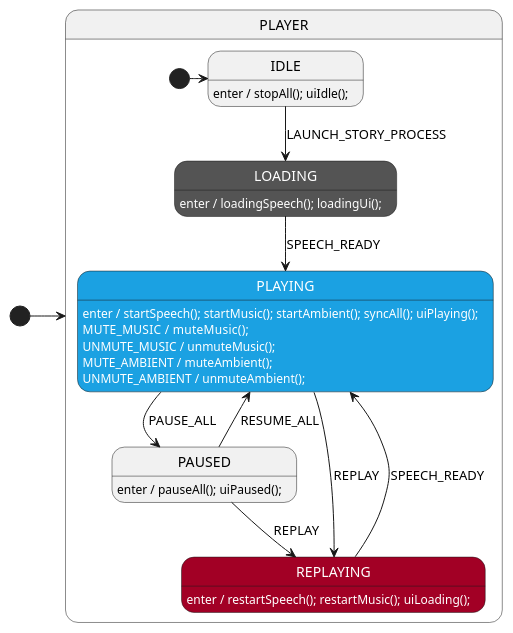
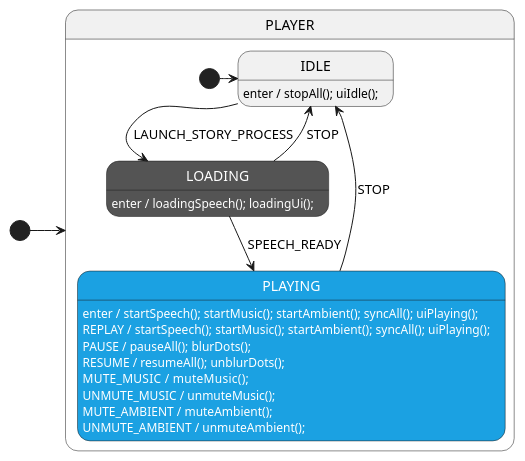
The diagram in static/js/state_2.plantuml (grannygoestoheaven/teller), drawn with PlantUML before and after one commit. The commit also changed 5 other files, not shown here.

```diff
--- a/static/js/state_2.plantuml
+++ b/static/js/state_2.plantuml
@@ -1,62 +1,56 @@
 @startuml AudioSm
 ' Single line comments (like this) start with a single quote.
 ' The name of the state machine is specified above.
 
 '############################ styles ############################
 skinparam state {
     BackgroundColor<<red>> a20025
     FontColor<<red>> white
     BackgroundColor<<blue>> 1ba1e2
     FontColor<<blue>> white
     BackgroundColor<<dark>> 545454
     FontColor<<dark>> white
 }
 
 '############################ state organization ############################
 ' Top-level initial transition.
 [*] -> PLAYER
 
 ' Composite state for the audio player lifecycle.
 state PLAYER {
     ' Initial substate of PLAYER.
     [*] -> IDLE
 
     state IDLE
     state LOADING <<dark>>
     state PLAYING <<blue>>
-    state PAUSED
-    state REPLAYING <<red>>
 
     '############################ handlers ############################
     IDLE: enter / stopAll(); uiIdle();
 
     ' Start flow: begin music first, then move on when ready.
-    IDLE --> LOADING: LAUNCH_STORY_PROCESS
+    IDLE --> LOADING : LAUNCH_STORY_PROCESS
     LOADING: enter / loadingSpeech(); loadingUi();
-    LOADING --> PLAYING: SPEECH_READY
+    LOADING --> IDLE : STOP
+    LOADING --> PLAYING : SPEECH_READY
 
     ' While playing, start speech, ambient, and sync all.
     PLAYING: enter / startSpeech(); startMusic(); startAmbient(); syncAll(); uiPlaying();
-    PLAYING --> PAUSED: PAUSE_ALL
-    PLAYING --> REPLAYING: REPLAY
+    PLAYING --> IDLE : STOP
 
     ' Soft controls while playing.
+    PLAYING : REPLAY / startSpeech(); startMusic(); startAmbient(); syncAll(); uiPlaying();
+    PLAYING : PAUSE / pauseAll(); blurDots();
+    PLAYING : RESUME / resumeAll(); unblurDots();  
     PLAYING : MUTE_MUSIC   / muteMusic();
     PLAYING : UNMUTE_MUSIC / unmuteMusic();
     PLAYING : MUTE_AMBIENT / muteAmbient();
     PLAYING : UNMUTE_AMBIENT / unmuteAmbient();
-
-    PAUSED: enter / pauseAll(); uiPaused();
-    PAUSED --> PLAYING: RESUME_ALL
-    PAUSED --> REPLAYING: REPLAY
-
-    REPLAYING: enter / restartSpeech(); restartMusic(); uiLoading();
-    REPLAYING --> PLAYING: SPEECH_READY
 }
 
 '######################## StateSmith config ########################
 /'! $CONFIG : toml
 SmRunnerSettings.transpilerId = "JavaScript"
 '/
 
 @enduml
```
